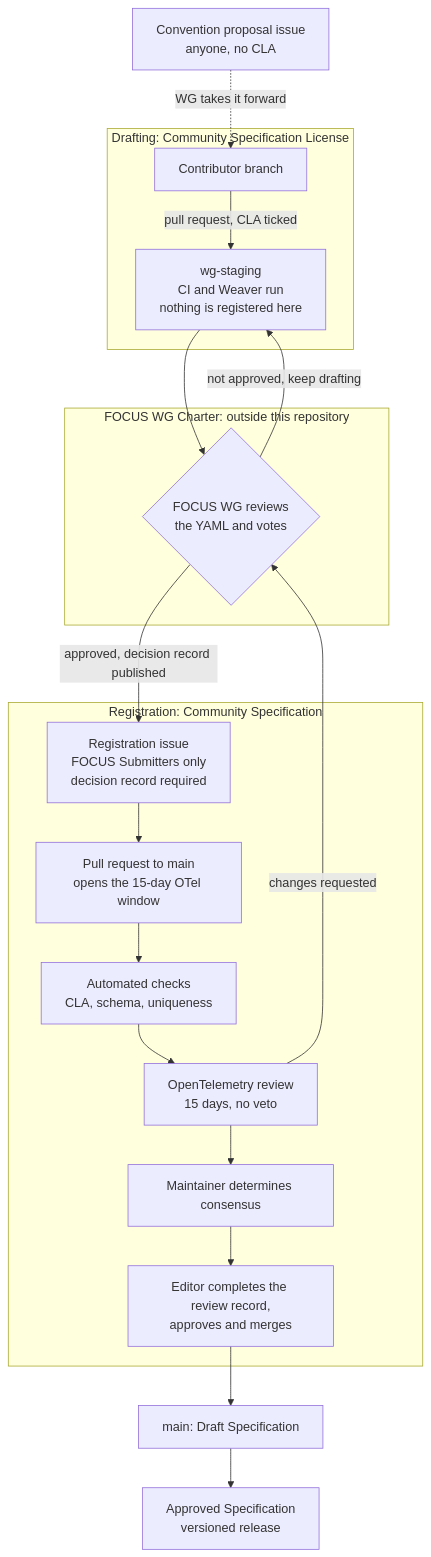
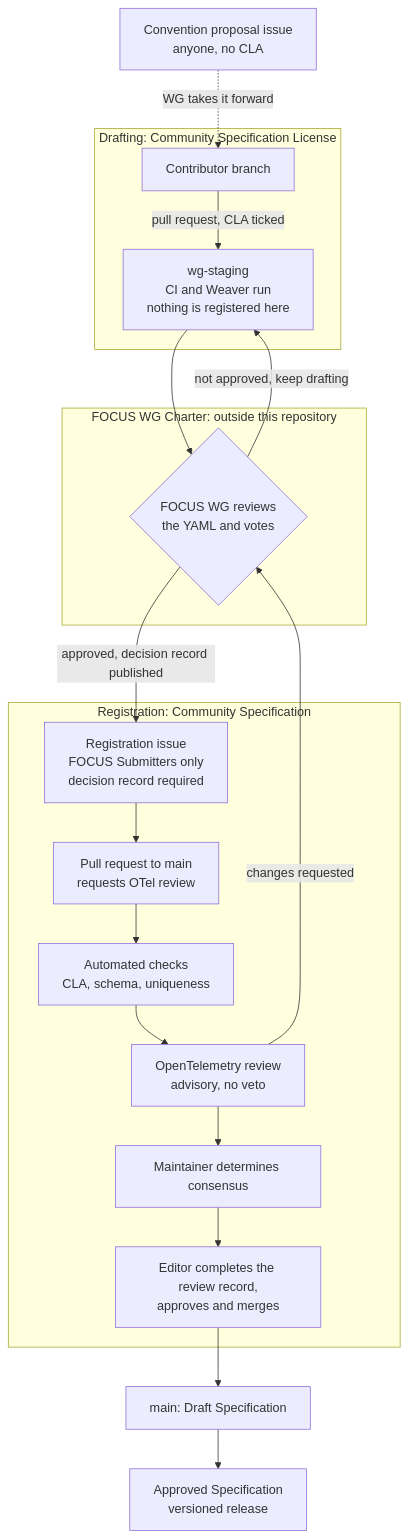
The diagram in README.md (FinOps-Open-Cost-and-Usage-Spec/focus-otel-semconv), drawn with Mermaid before and after one commit. The commit also changed other lines of this file and 8 other files, not shown here.

First line of the commit message:
Sync with design brief 0.1.8 and whitepaper 0.1.7; restore open review window

````diff
--- a/README.md
+++ b/README.md
@@ -61,34 +61,34 @@
 ```mermaid
 flowchart TD
     P["Convention proposal issue<br/>anyone, no CLA"]
 
     subgraph DRAFT["Drafting: Community Specification License"]
         B["Contributor branch"]
         S["wg-staging<br/>CI and Weaver run<br/>nothing is registered here"]
         B -->|"pull request, CLA ticked"| S
     end
 
     subgraph WG["FOCUS WG Charter: outside this repository"]
         V{"FOCUS WG reviews<br/>the YAML and votes"}
     end
 
     subgraph REG["Registration: Community Specification"]
         I["Registration issue<br/>FOCUS Submitters only<br/>decision record required"]
-        PR["Pull request to main<br/>opens the 15-day OTel window"]
+        PR["Pull request to main<br/>requests OTel review"]
         C["Automated checks<br/>CLA, schema, uniqueness"]
-        O["OpenTelemetry review<br/>15 days, no veto"]
+        O["OpenTelemetry review<br/>advisory, no veto"]
         M["Maintainer determines consensus"]
         E["Editor completes the review record,<br/>approves and merges"]
         I --> PR --> C --> O --> M --> E
     end
 
     MAIN["main: Draft Specification"]
     REL["Approved Specification<br/>versioned release"]
 
     P -.->|"WG takes it forward"| B
     S --> V
     V -->|"not approved, keep drafting"| S
     V -->|"approved, decision record published"| I
     O -->|"changes requested"| V
     E --> MAIN --> REL
 ```
````
